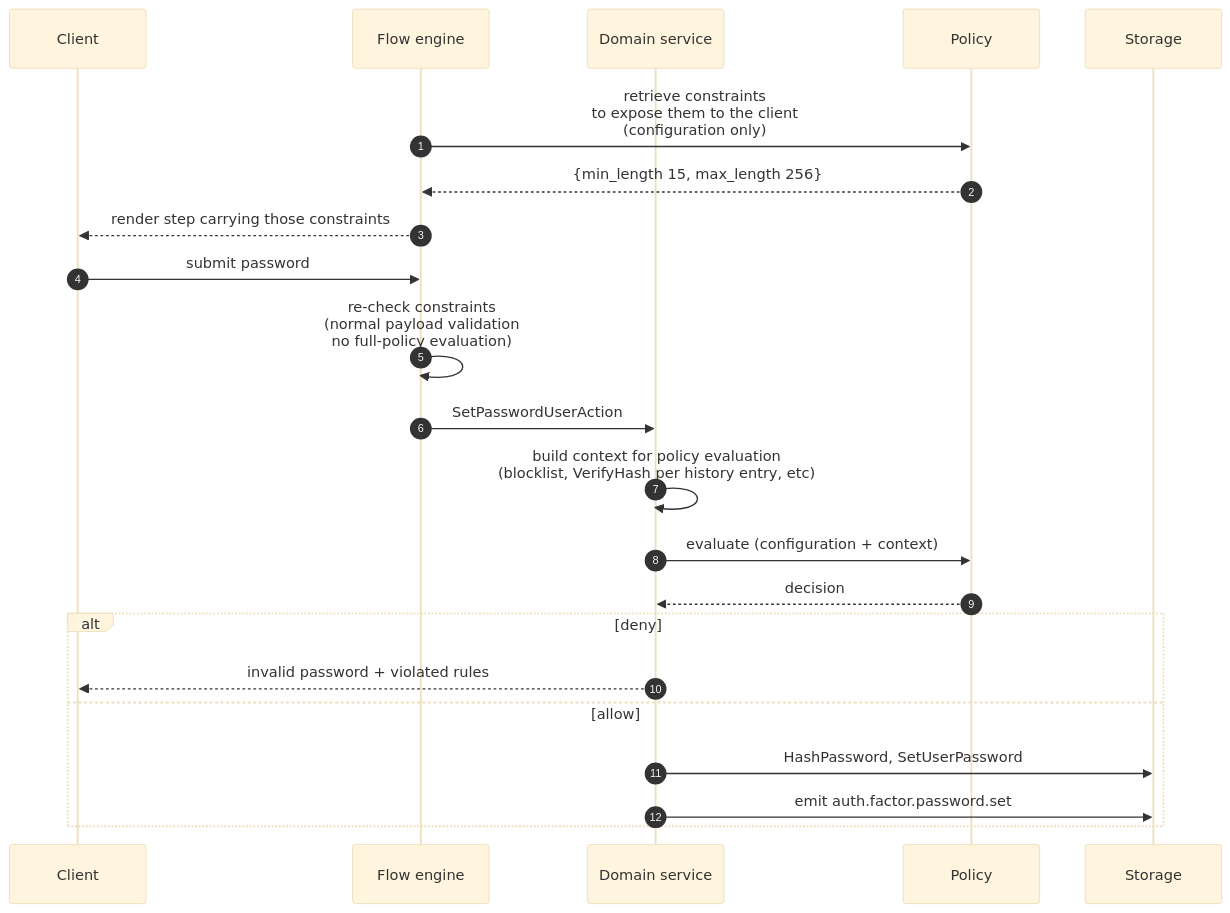
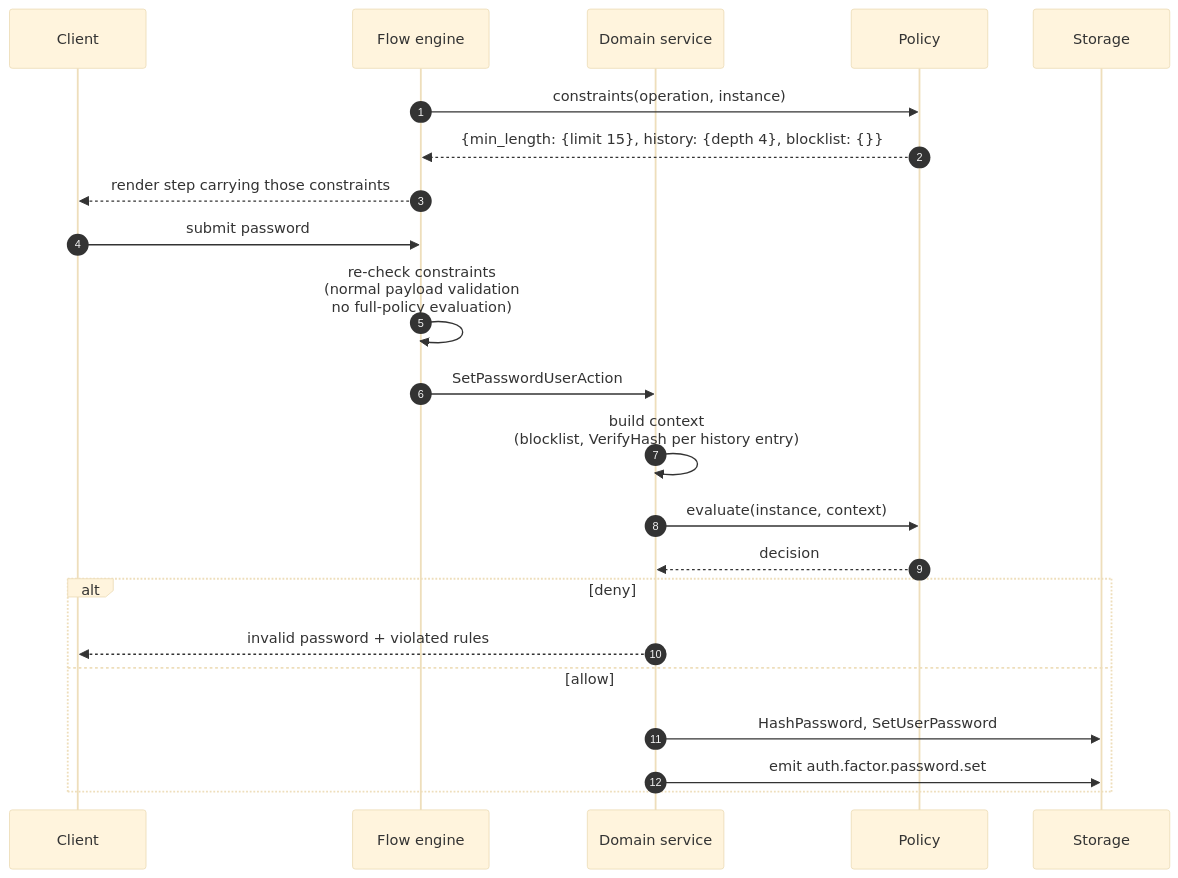
The diagram in docs/adrs/066-operation-policies.md (zitadel/nextgen), drawn with Mermaid (base theme) before and after one commit. The commit also changed other lines of this file and 33 other files, not shown here.

````diff
--- a/docs/adrs/066-operation-policies.md
+++ b/docs/adrs/066-operation-policies.md
@@ -210,25 +252,25 @@
 ```mermaid
 sequenceDiagram
     autonumber
     participant C as Client
     participant F as Flow engine
     participant S as Domain service
     participant P as Policy
     participant DB as Storage
 
-    F->>P: retrieve constraints<br>to expose them to the client<br>(configuration only)
-    P-->>F: {min_length 15, max_length 256}
+    F->>P: constraints(operation, instance)
+    P-->>F: {min_length: {limit 15}, history: {depth 4}, blocklist: {}}
     F-->>C: render step carrying those constraints
     C->>F: submit password
     F->>F: re-check constraints<br>(normal payload validation<br>no full-policy evaluation)
     F->>S: SetPasswordUserAction
-    S->>S: build context for policy evaluation<br>(blocklist, VerifyHash per history entry, etc)
-    S->>P: evaluate (configuration + context)
+    S->>S: build context<br>(blocklist, VerifyHash per history entry)
+    S->>P: evaluate(instance, context)
     P-->>S: decision
     alt deny
         S-->>C: invalid password + violated rules
     else allow
         S->>DB: HashPassword, SetUserPassword
         S->>DB: emit auth.factor.password.set
     end
 ```
````
